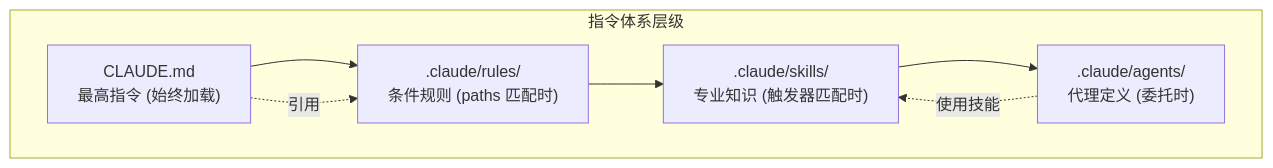
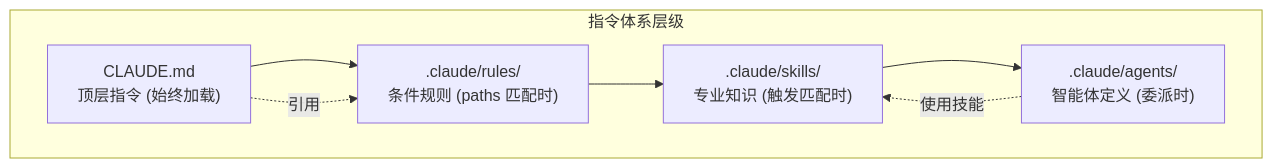
The fourth of 4 diagrams in docs-site/content/zh/advanced/claude-md-guide.md (modu-ai/moai-adk), drawn with Mermaid before and after one commit. The commit also changed other lines of this file and 395 other files, not shown here.

````diff
--- a/docs-site/content/zh/advanced/claude-md-guide.md
+++ b/docs-site/content/zh/advanced/claude-md-guide.md
@@ -325,17 +329,17 @@
 ```mermaid
 flowchart TD
     subgraph HIERARCHY["指令体系层级"]
-        CLAUDE["CLAUDE.md<br>最高指令 (始终加载)"]
+        CLAUDE["CLAUDE.md<br>顶层指令 (始终加载)"]
         RULES[".claude/rules/<br>条件规则 (paths 匹配时)"]
-        SKILLS[".claude/skills/<br>专业知识 (触发器匹配时)"]
-        AGENTS[".claude/agents/<br>代理定义 (委托时)"]
+        SKILLS[".claude/skills/<br>专业知识 (触发匹配时)"]
+        AGENTS[".claude/agents/<br>智能体定义 (委派时)"]
     end
 
     CLAUDE --> RULES
     RULES --> SKILLS
     SKILLS --> AGENTS
 
     CLAUDE -.->|"引用"| RULES
     AGENTS -.->|"使用技能"| SKILLS
 
 ```
````
